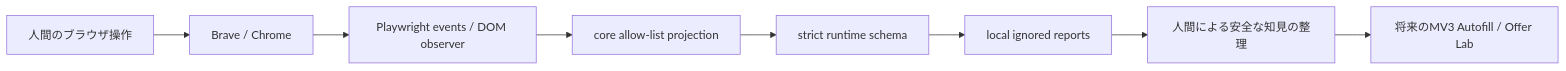
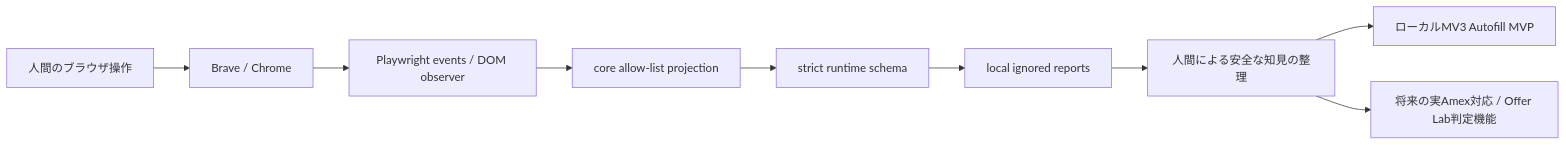
One commit to Masakazoo/us-amex-offer-hunter changed the diagram in docs/ARCHITECTURE.md. Above: the diagram before and after it, drawn with Mermaid. The commit also changed other lines of this file and 25 other files, not shown here.

````diff
--- a/docs/ARCHITECTURE.md
+++ b/docs/ARCHITECTURE.md
@@ -5,10 +5,11 @@
 ```mermaid
 flowchart LR
   Human[人間のブラウザ操作] --> Browser[Brave / Chrome]
   Browser --> Events[Playwright events / DOM observer]
   Events --> Core[core allow-list projection]
   Core --> Schema[strict runtime schema]
   Schema --> Reports[local ignored reports]
   Reports --> Research[人間による安全な知見の整理]
-  Research --> Future[将来のMV3 Autofill / Offer Lab]
+  Research --> Extension[ローカルMV3 Autofill MVP]
+  Research --> Future[将来の実Amex対応 / Offer Lab判定機能]
 ```
````
